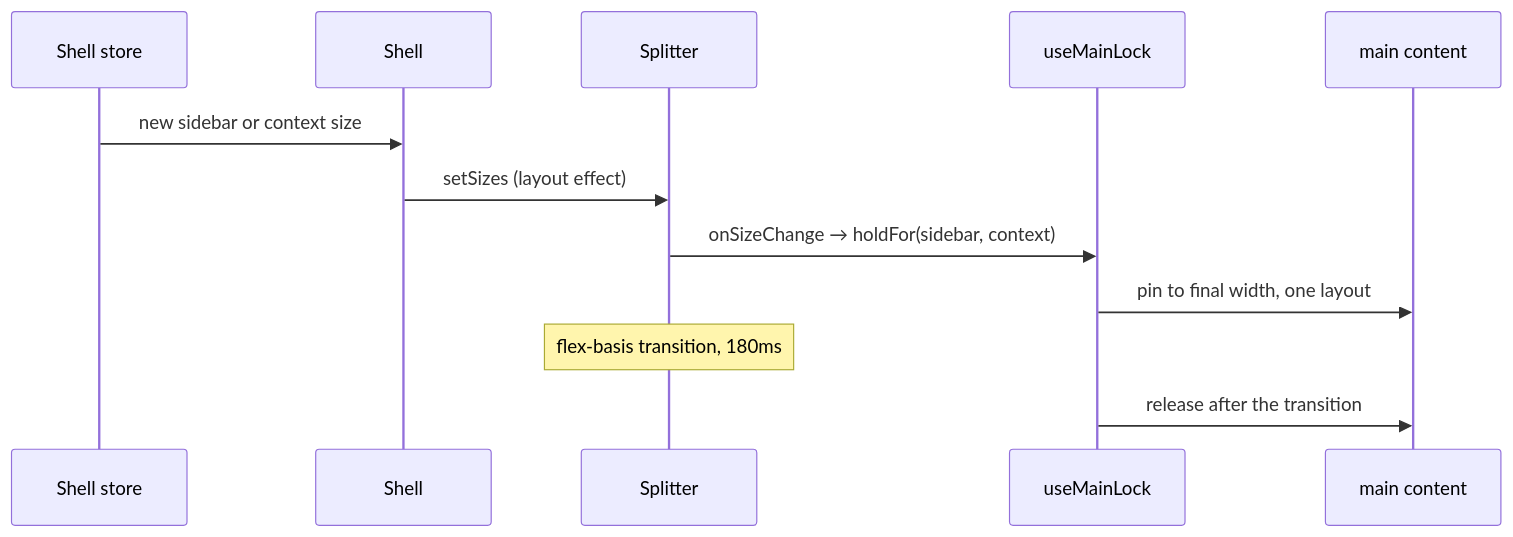
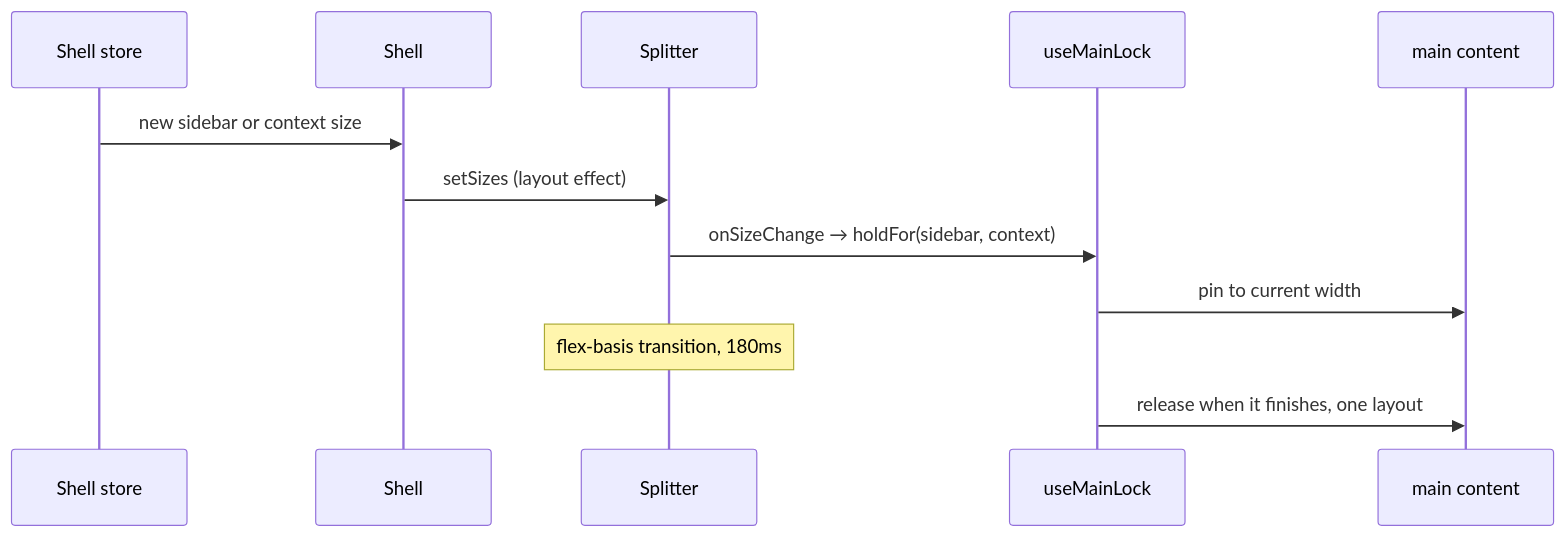
Before and after one commit to deneslee/mantine-dashboard-builder: the fourth of 4 diagrams in docs/shell.md, drawn with Mermaid. The commit also changed other lines of this file and 29 other files, not shown here.

````diff
--- a/docs/shell.md
+++ b/docs/shell.md
@@ -69,14 +69,14 @@
 ```mermaid
 sequenceDiagram
   participant Store as Shell store
   participant Shell
   participant Splitter
   participant Lock as useMainLock
   participant Main as main content
   Store->>Shell: new sidebar or context size
   Shell->>Splitter: setSizes (layout effect)
   Splitter->>Lock: onSizeChange → holdFor(sidebar, context)
-  Lock->>Main: pin to final width, one layout
+  Lock->>Main: pin to current width
   Note over Splitter: flex-basis transition, 180ms
-  Lock->>Main: release after the transition
+  Lock->>Main: release when it finishes, one layout
 ```
````
